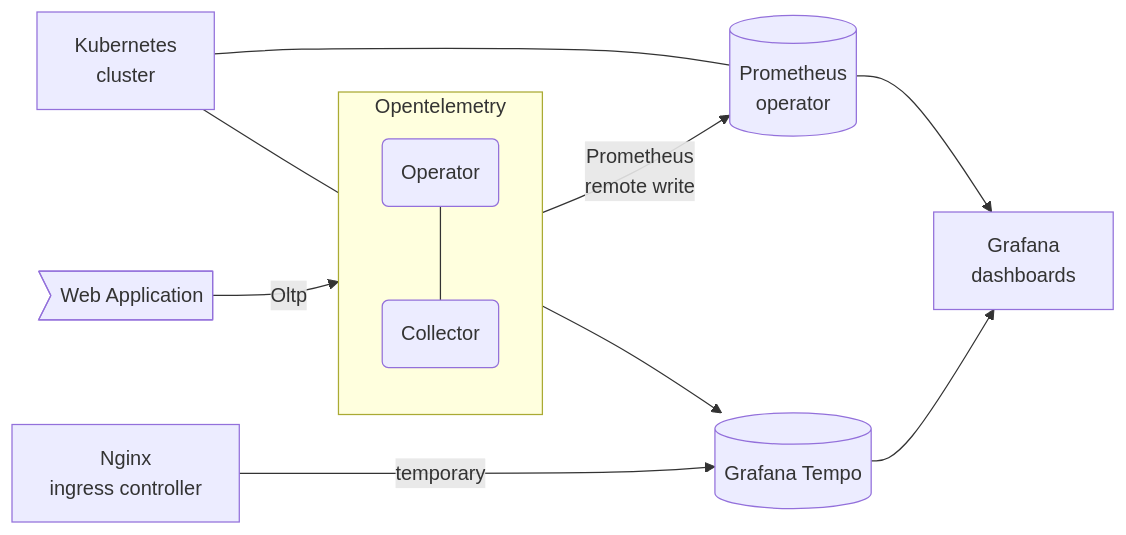
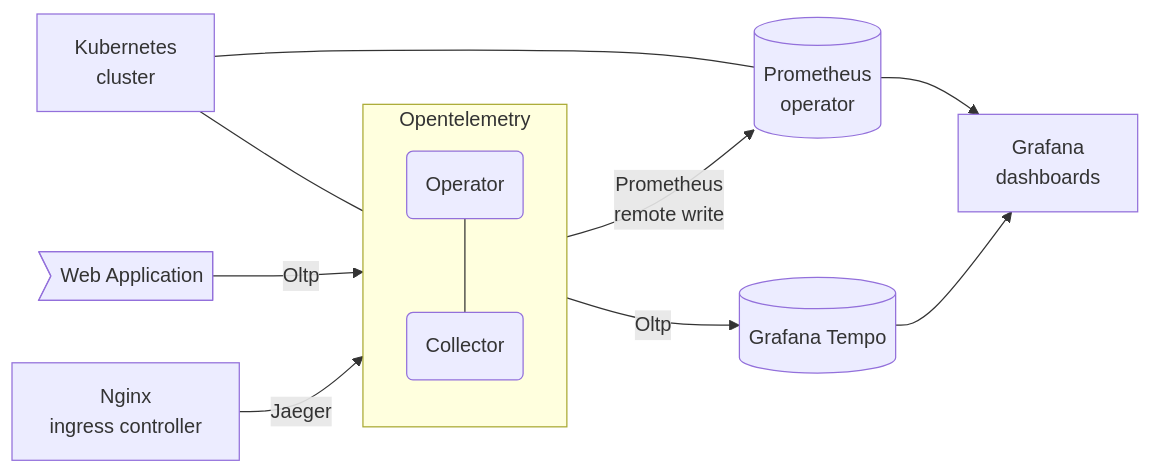
The diagram in README.md (mrzysztof/opentelemetry-demo), drawn with Mermaid before and after one commit. The commit also changed other lines of this file, not shown here.

````diff
--- a/README.md
+++ b/README.md
@@ -53,34 +53,34 @@
 ```mermaid
 flowchart LR
 
 App>Web Application]
 Nginx["Nginx
 ingress controller"]
 
 K8["Kubernetes
 cluster"]
 Prom[("Prometheus
 operator")]
 Tempo[("Grafana Tempo")]
 Grafana["Grafana
 dashboards"]
 
 subgraph Oltp[Opentelemetry]
     direction TB
     o(Operator) --- c(Collector)
 end
 
 K8 --- Oltp
 K8 --- Prom
 
 App -->|Oltp| Oltp
 
 Oltp -->|"Prometheus
 remote write"| Prom
-Oltp --> Tempo
+Oltp -->|Oltp| Tempo
 
 Prom --> Grafana
 Tempo --> Grafana
 
-Nginx --->|temporary| Tempo
+Nginx -->|Jaeger| Oltp
 ```
````
